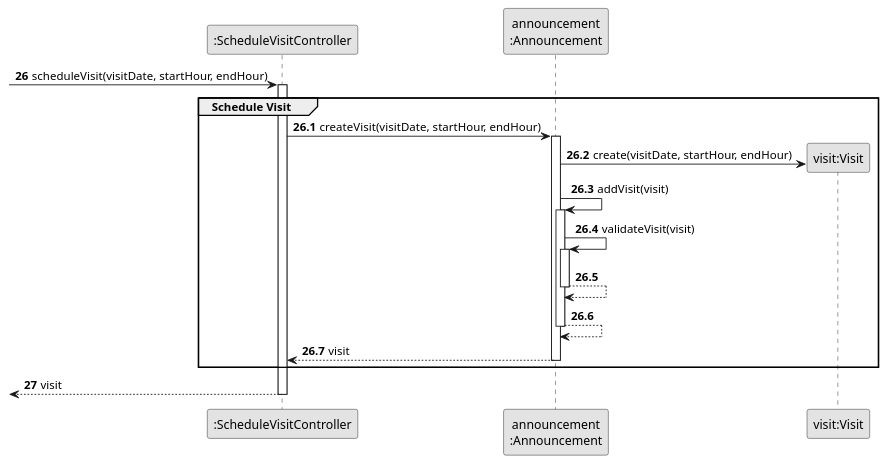
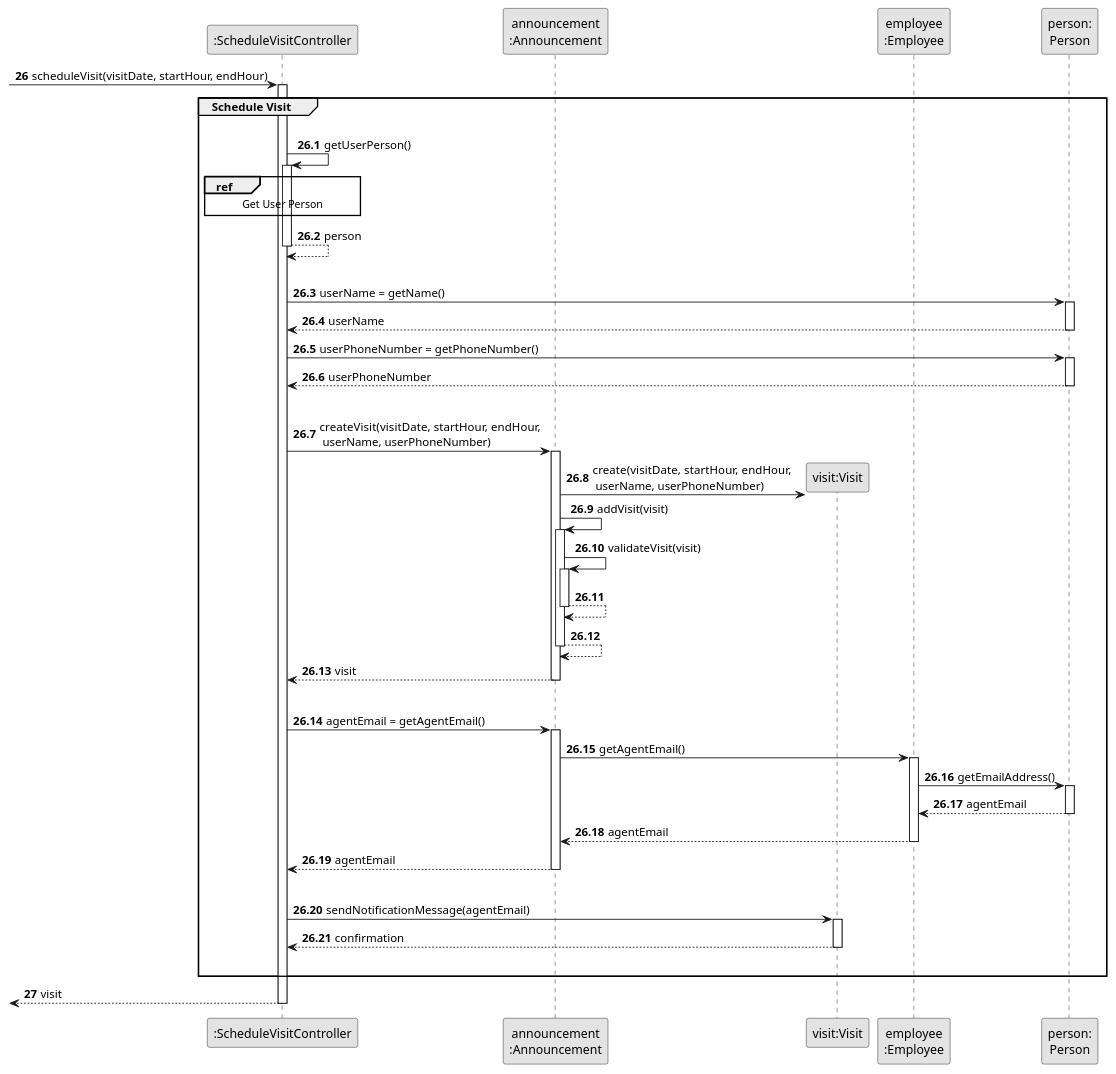
The diagram in docs/sprintC/us009/03.design/puml/us009-sequence-diagram-partial-schedule-visit.puml (rita-barbosa/LAPR2-2223), drawn with PlantUML before and after one commit.

Commit message:
Schedule Visit partial SD update [US009] [Design]

```diff
--- a/docs/sprintC/us009/03.design/puml/us009-sequence-diagram-partial-schedule-visit.puml
+++ b/docs/sprintC/us009/03.design/puml/us009-sequence-diagram-partial-schedule-visit.puml
@@ -1,45 +1,93 @@
 @startuml
 skinparam monochrome true
 skinparam packageStyle rectangle
 skinparam shadowing false
 
 participant ":ScheduleVisitController" as CTRL
 participant "announcement\n:Announcement" as ANNOUNCE
 participant "visit:Visit" as VST
+participant "employee\n:Employee" as EMP
+participant "person:\nPerson" as PERSON
+
 
 autonumber 26
 
     -> CTRL : scheduleVisit(visitDate, startHour, endHour)
     activate CTRL
 
     autonumber 26.1
 
     group Schedule Visit
+   |||
+           CTRL -> CTRL : getUserPerson()
+           activate CTRL
+               ref over CTRL
+                   Get User Person
+               end ref
+               CTRL --> CTRL : person
+           deactivate CTRL
+|||
+    CTRL -> PERSON : userName = getName()
+    activate PERSON
 
-    CTRL -> ANNOUNCE : createVisit(visitDate, startHour, endHour)
+        PERSON --> CTRL : userName
+    deactivate PERSON
+
+
+    CTRL -> PERSON : userPhoneNumber = getPhoneNumber()
+    activate PERSON
+
+        PERSON --> CTRL : userPhoneNumber
+    deactivate PERSON
+|||
+    CTRL -> ANNOUNCE : createVisit(visitDate, startHour, endHour,\n userName, userPhoneNumber)
     activate ANNOUNCE
 
-    ANNOUNCE -> VST** : create(visitDate, startHour, endHour)
+    ANNOUNCE -> VST** : create(visitDate, startHour, endHour,\n userName, userPhoneNumber)
 
      ANNOUNCE -> ANNOUNCE : addVisit(visit)
      activate ANNOUNCE
 
      ANNOUNCE -> ANNOUNCE : validateVisit(visit)
      activate ANNOUNCE
 
         ANNOUNCE --> ANNOUNCE
      deactivate ANNOUNCE
 
      ANNOUNCE --> ANNOUNCE
      deactivate ANNOUNCE
 
         ANNOUNCE --> CTRL : visit
     deactivate ANNOUNCE
+|||
+    CTRL -> ANNOUNCE: agentEmail = getAgentEmail()
+    activate ANNOUNCE
 
+    ANNOUNCE -> EMP : getAgentEmail()
+    activate EMP
+
+    EMP -> PERSON : getEmailAddress()
+    activate PERSON
+
+       PERSON --> EMP : agentEmail
+    deactivate PERSON
+
+       EMP --> ANNOUNCE : agentEmail
+    deactivate EMP
+
+       ANNOUNCE --> CTRL : agentEmail
+    deactivate ANNOUNCE
+|||
+    CTRL -> VST : sendNotificationMessage(agentEmail)
+    activate VST
+
+        VST --> CTRL : confirmation
+    deactivate VST
+|||
     end group
 
     autonumber 27
         <-- CTRL : visit
     deactivate CTRL
 
 @enduml
```
